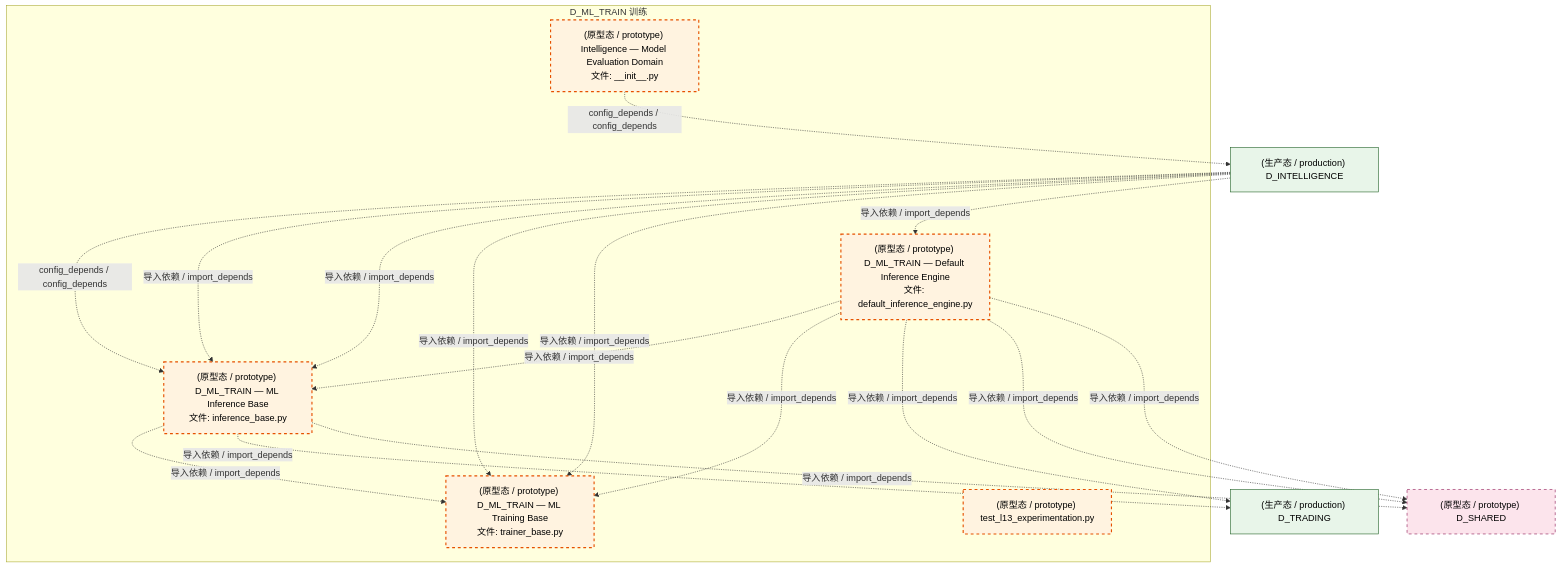
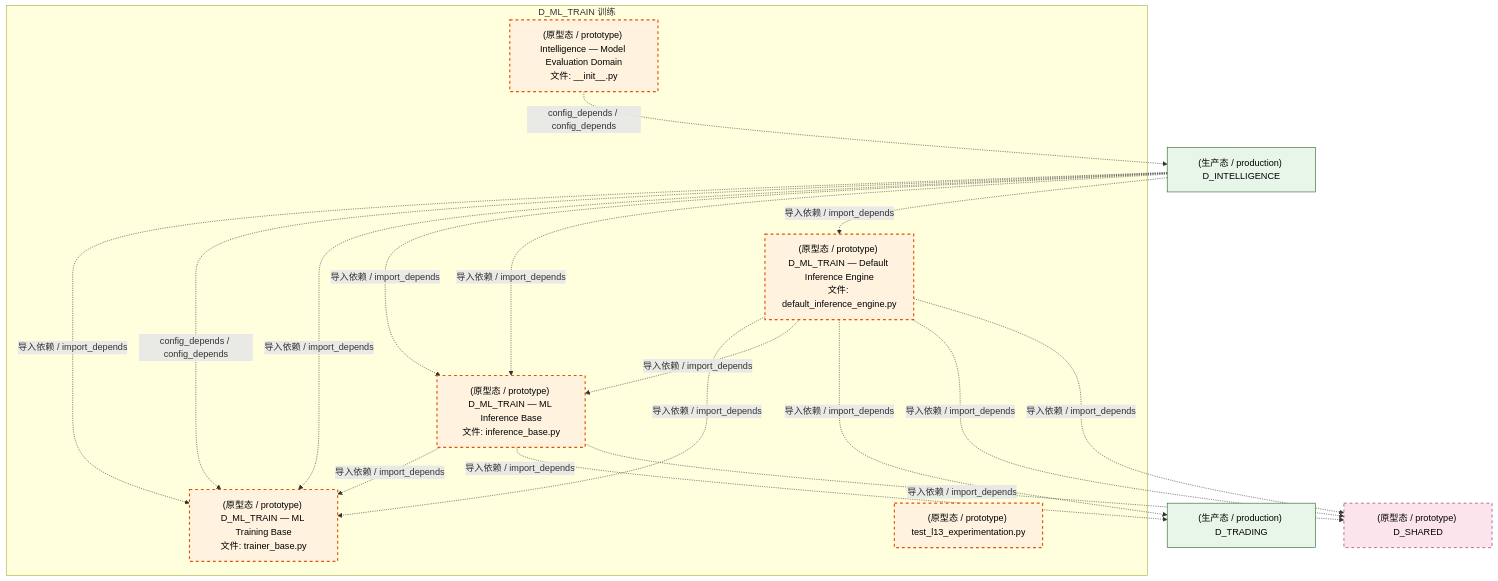
The third of 4 diagrams in docs/02_enterprise_architecture/02_domain_architecture_docs/50_d_ml_train.md (xuanFelixVan/ZephyrAlpha), drawn with Mermaid before and after one commit. The commit also changed other lines of this file and 126 other files, not shown here.

````diff
--- a/docs/02_enterprise_architecture/02_domain_architecture_docs/50_d_ml_train.md
+++ b/docs/02_enterprise_architecture/02_domain_architecture_docs/50_d_ml_train.md
@@ -142,35 +142,35 @@
 ```mermaid
 graph TD
     subgraph D_ML_TRAIN["D_ML_TRAIN 训练"]
         src_zephyr_intelligence_model_evaluation_init_py["(原型态 / prototype) Intelligence — Model Evaluation Domain<br/>文件: __init__.py"]
         src_zephyr_ml_train_implementations_default_inference_engine_py["(原型态 / prototype) D_ML_TRAIN — Default Inference Engine<br/>文件: default_inference_engine.py"]
         src_zephyr_ml_train_inference_base_py["(原型态 / prototype) D_ML_TRAIN — ML Inference Base<br/>文件: inference_base.py"]
         src_zephyr_ml_train_trainer_base_py["(原型态 / prototype) D_ML_TRAIN — ML Training Base<br/>文件: trainer_base.py"]
         tests_ml_experiment_test_l13_experimentation_py["(原型态 / prototype) test_l13_experimentation.py"]
     end
     src_zephyr_ml_train_inference_base_py -.->|导入依赖 / import_depends| src_zephyr_ml_train_trainer_base_py
+    src_zephyr_ml_train_implementations_default_inference_engine_py -.->|导入依赖 / import_depends| src_zephyr_ml_train_trainer_base_py
     src_zephyr_ml_train_implementations_default_inference_engine_py -.->|导入依赖 / import_depends| src_zephyr_ml_train_inference_base_py
-    src_zephyr_ml_train_implementations_default_inference_engine_py -.->|导入依赖 / import_depends| src_zephyr_ml_train_trainer_base_py
     D_INTELLIGENCE["(生产态 / production) D_INTELLIGENCE"]
     src_zephyr_intelligence_model_evaluation_init_py -.->|config_depends / config_depends| D_INTELLIGENCE
     D_TRADING["(生产态 / production) D_TRADING"]
     src_zephyr_ml_train_inference_base_py -.->|导入依赖 / import_depends| D_TRADING
     D_SHARED["(原型态 / prototype) D_SHARED"]
     src_zephyr_ml_train_inference_base_py -.->|导入依赖 / import_depends| D_SHARED
     src_zephyr_ml_train_implementations_default_inference_engine_py -.->|导入依赖 / import_depends| D_TRADING
     src_zephyr_ml_train_implementations_default_inference_engine_py -.->|导入依赖 / import_depends| D_SHARED
     src_zephyr_ml_train_implementations_default_inference_engine_py -.->|导入依赖 / import_depends| D_SHARED
-    D_INTELLIGENCE -.->|config_depends / config_depends| src_zephyr_ml_train_inference_base_py
+    D_INTELLIGENCE -.->|导入依赖 / import_depends| src_zephyr_ml_train_trainer_base_py
+    D_INTELLIGENCE -.->|config_depends / config_depends| src_zephyr_ml_train_trainer_base_py
+    D_INTELLIGENCE -.->|导入依赖 / import_depends| src_zephyr_ml_train_trainer_base_py
     D_INTELLIGENCE -.->|导入依赖 / import_depends| src_zephyr_ml_train_inference_base_py
     D_INTELLIGENCE -.->|导入依赖 / import_depends| src_zephyr_ml_train_inference_base_py
-    D_INTELLIGENCE -.->|导入依赖 / import_depends| src_zephyr_ml_train_trainer_base_py
-    D_INTELLIGENCE -.->|导入依赖 / import_depends| src_zephyr_ml_train_trainer_base_py
     D_INTELLIGENCE -.->|导入依赖 / import_depends| src_zephyr_ml_train_implementations_default_inference_engine_py
     classDef production fill:#e1f5fe,stroke:#01579b,stroke-width:2px,color:#000
     classDef design fill:#fff3e0,stroke:#e65100,stroke-width:2px,color:#000,stroke-dasharray: 5 5
     classDef external_prod fill:#e8f5e9,stroke:#1b5e20,stroke-width:1px,color:#000
     classDef external_design fill:#fce4ec,stroke:#880e4f,stroke-width:1px,color:#000,stroke-dasharray: 5 5
     class src_zephyr_intelligence_model_evaluation_init_py,src_zephyr_ml_train_implementations_default_inference_engine_py,src_zephyr_ml_train_inference_base_py,src_zephyr_ml_train_trainer_base_py,tests_ml_experiment_test_l13_experimentation_py design
     class D_INTELLIGENCE,D_TRADING external_prod
     class D_SHARED external_design
 ```
````
